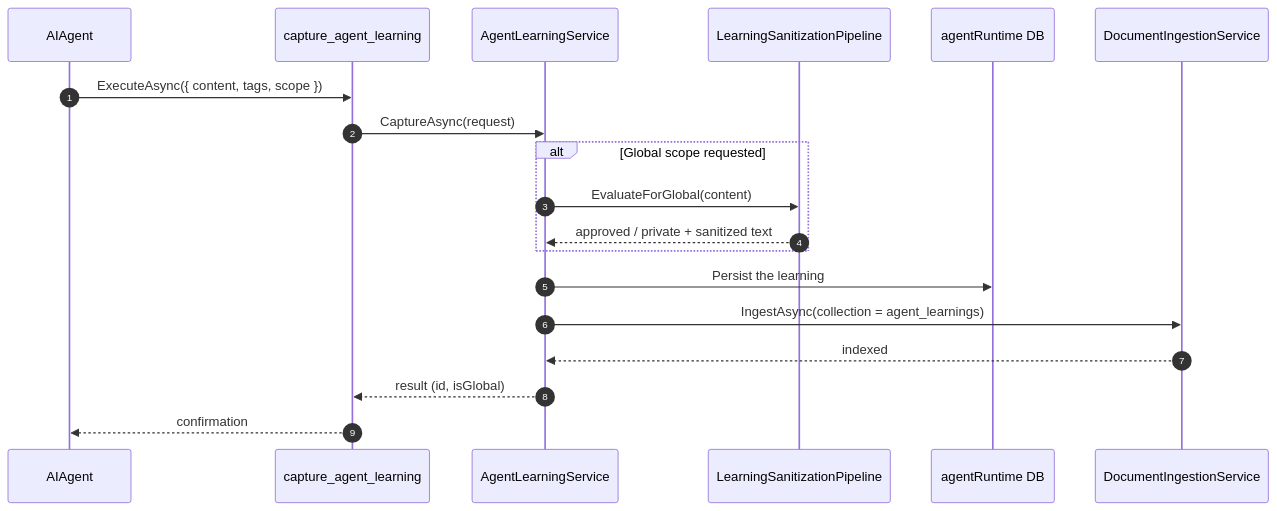
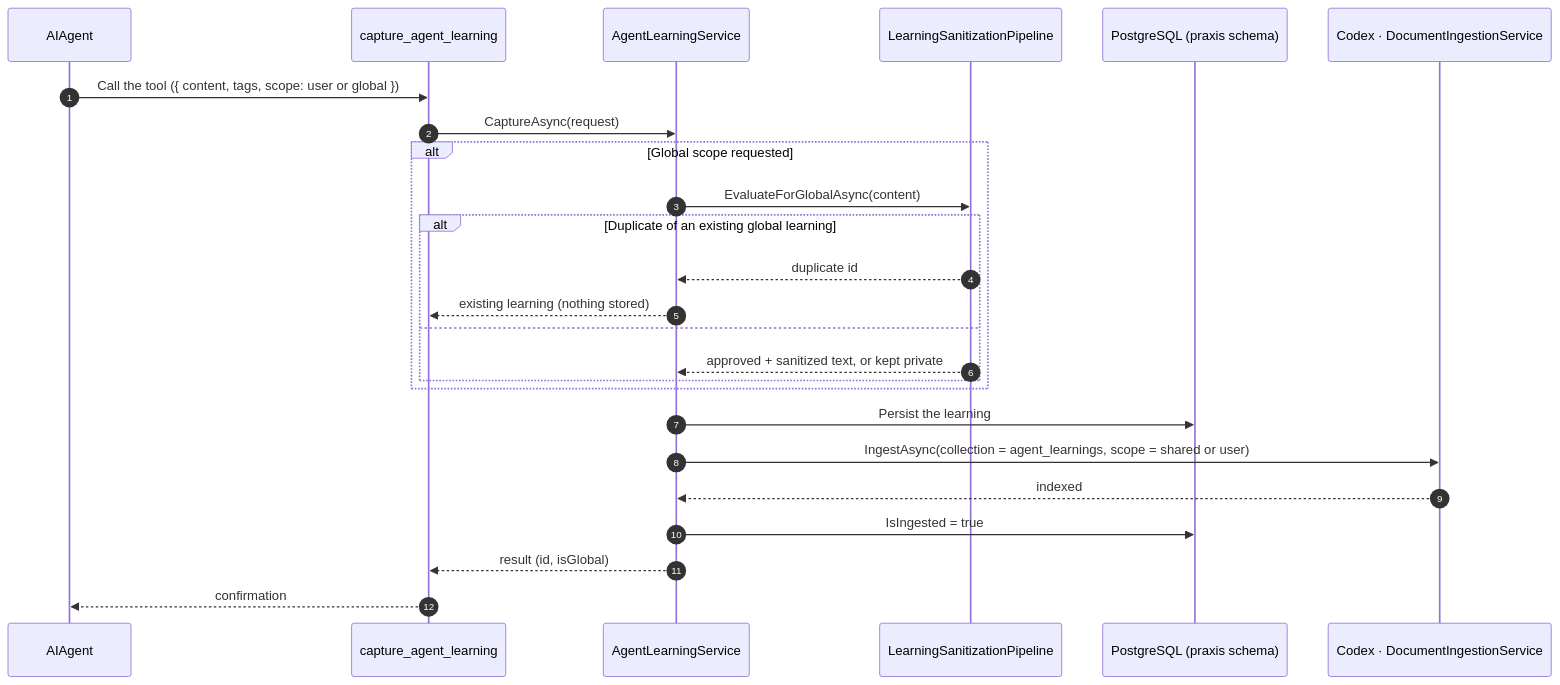
One commit to mihailshterev/sentium changed the diagram in docs/diagrams/rag-4-capture-learning.md. Above: the diagram before and after it, drawn with Mermaid. The commit also changed 99 other files, not shown here.

````diff
--- a/docs/diagrams/rag-4-capture-learning.md
+++ b/docs/diagrams/rag-4-capture-learning.md
@@ -1,22 +1,28 @@
 ```mermaid
 sequenceDiagram
     autonumber
     participant AG as AIAgent
     participant CT as capture_agent_learning
     participant LS as AgentLearningService
     participant SP as LearningSanitizationPipeline
-    participant DB as agentRuntime DB
-    participant DI as DocumentIngestionService
+    participant DB as PostgreSQL (praxis schema)
+    participant DI as Codex · DocumentIngestionService
 
-    AG->>CT: ExecuteAsync({ content, tags, scope })
+    AG->>CT: Call the tool ({ content, tags, scope: user or global })
     CT->>LS: CaptureAsync(request)
     alt Global scope requested
-        LS->>SP: EvaluateForGlobal(content)
-        SP-->>LS: approved / private + sanitized text
+        LS->>SP: EvaluateForGlobalAsync(content)
+        alt Duplicate of an existing global learning
+            SP-->>LS: duplicate id
+            LS-->>CT: existing learning (nothing stored)
+        else
+            SP-->>LS: approved + sanitized text, or kept private
+        end
     end
     LS->>DB: Persist the learning
-    LS->>DI: IngestAsync(collection = agent_learnings)
+    LS->>DI: IngestAsync(collection = agent_learnings, scope = shared or user)
     DI-->>LS: indexed
+    LS->>DB: IsIngested = true
     LS-->>CT: result (id, isGlobal)
     CT-->>AG: confirmation
 ```
````
